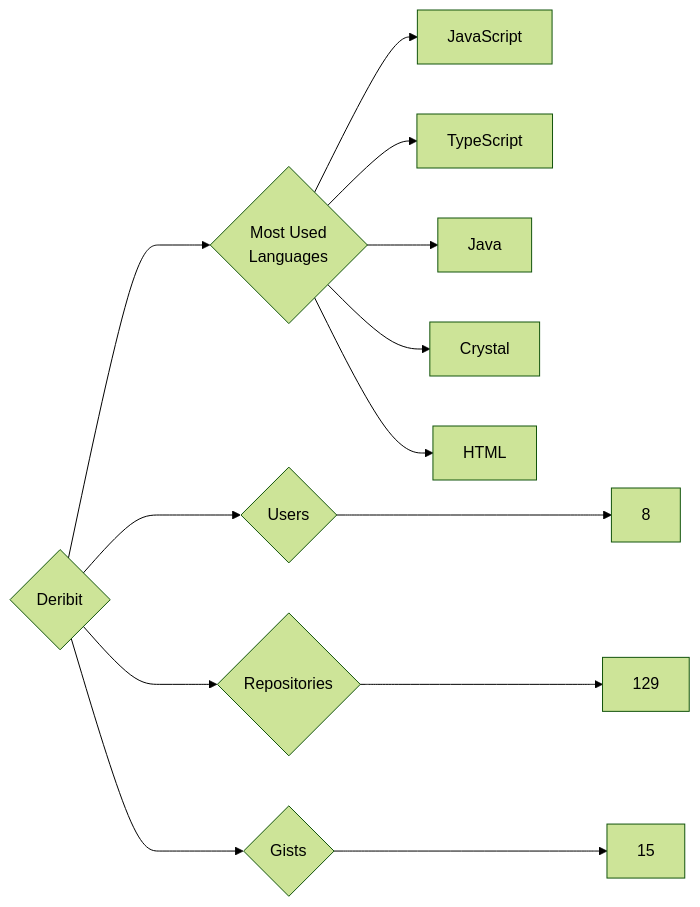
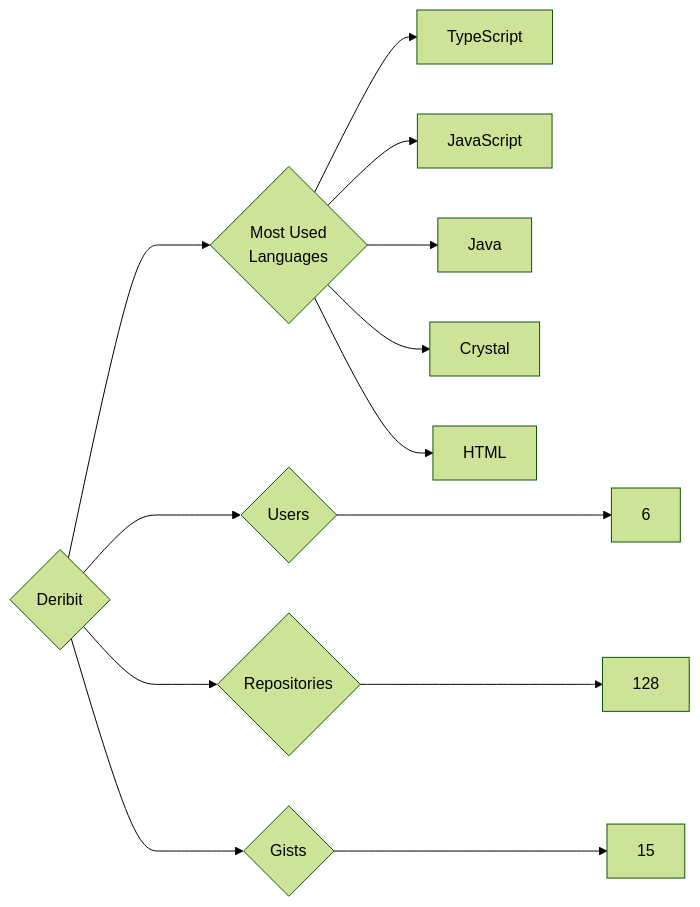
Before and after one commit to trickest/insiders: the diagram in targets/Deribit/README.md, drawn with Mermaid (forest theme). The commit also changed 610 other files, not shown here.

````diff
--- a/targets/Deribit/README.md
+++ b/targets/Deribit/README.md
@@ -3,13 +3,13 @@
 ```mermaid
 graph LR
 COMPANY_NAME{Deribit}
-COMPANY_NAME ---> U{Users} ---> UN[8]
-COMPANY_NAME ---> R{Repositories} ---> RN[129]
+COMPANY_NAME ---> U{Users} ---> UN[6]
+COMPANY_NAME ---> R{Repositories} ---> RN[128]
 COMPANY_NAME ---> G{Gists} ---> GN[15]
 COMPANY_NAME ---> ML{Most Used<br>Languages}
+ML --> TypeScript[TypeScript]
 ML --> JavaScript[JavaScript]
-ML --> TypeScript[TypeScript]
 ML --> Java[Java]
 ML --> Crystal[Crystal]
 ML --> HTML[HTML]
 ```
````
